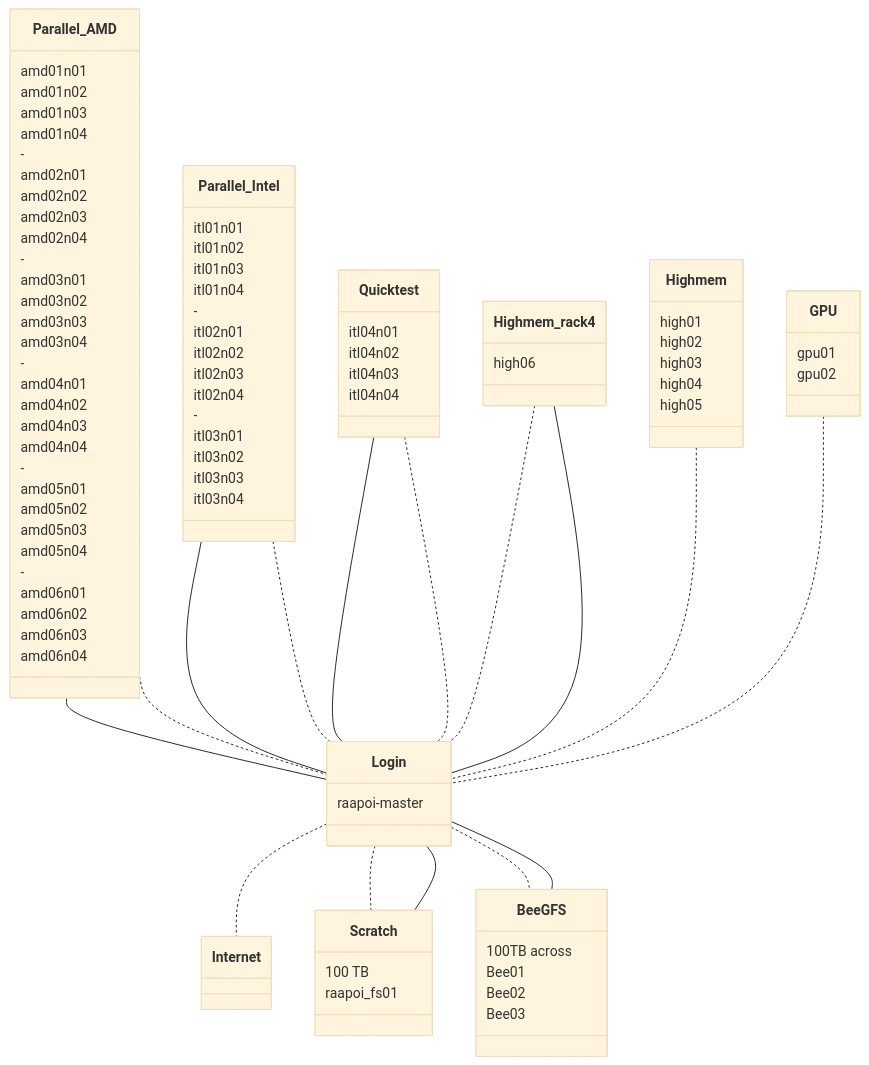
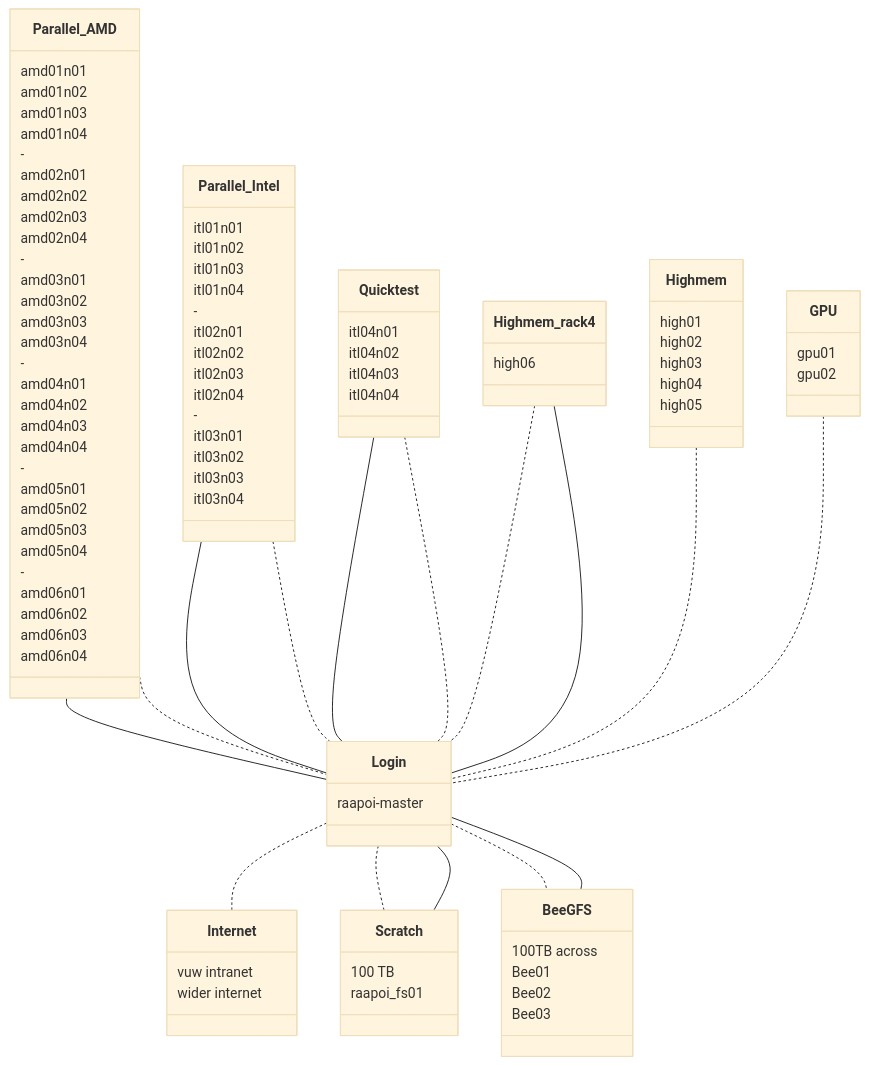
Before and after one commit to vuw-research-computing/raapoi-docs: the first of 3 diagrams in docs/hpclayout.md, drawn with Mermaid (base theme). The commit also changed other lines of this file, not shown here.

```diff
--- a/docs/hpclayout.md
+++ b/docs/hpclayout.md
@@ -40,6 +69,10 @@
     Login -- Scratch
     Login .. BeeGFS
     Login -- BeeGFS
+    class Internet {
+        vuw intranet 
+        wider internet
+    }
     class Scratch {
         100 TB
         raapoi_fs01
```
